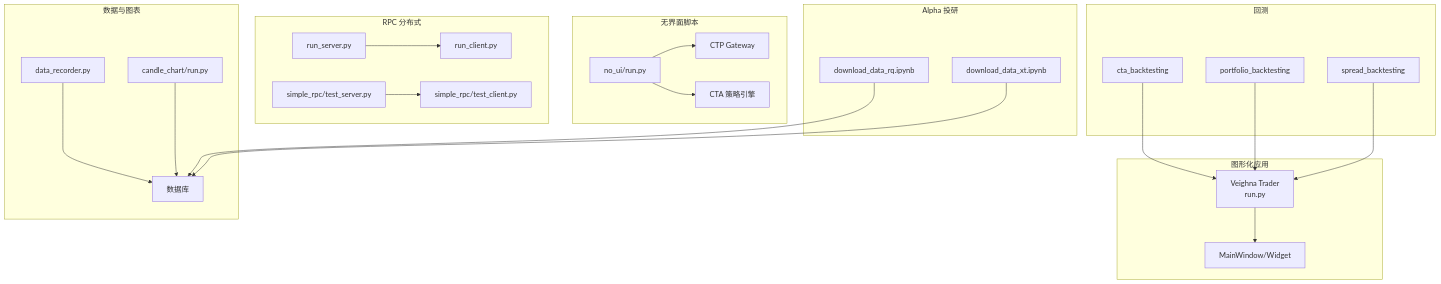
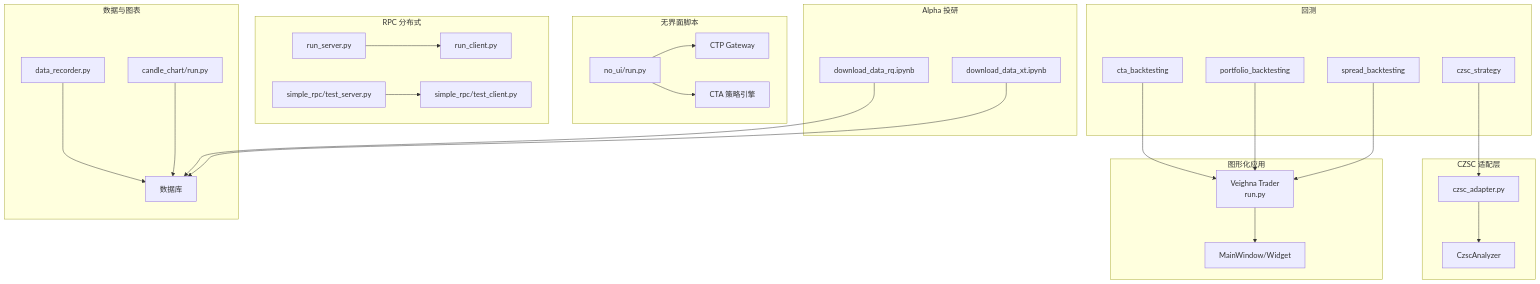
Before and after one commit to maxtwoon/vnpy: the second of 14 diagrams in .qoder/repowiki/zh/content/示例和教程/示例和教程.md, drawn with Mermaid. The commit also changed other lines of this file and 3 other files, not shown here.

````diff
--- a/.qoder/repowiki/zh/content/示例和教程/示例和教程.md
+++ b/.qoder/repowiki/zh/content/示例和教程/示例和教程.md
@@ -111,44 +129,51 @@
 ```mermaid
 graph TB
 subgraph "图形化应用"
 VT["Veighna Trader<br/>run.py"]
 UI["MainWindow/Widget"]
 end
 subgraph "无界面脚本"
 NUI["no_ui/run.py"]
 GW["CTP Gateway"]
 APP["CTA 策略引擎"]
 end
 subgraph "数据与图表"
 DR["data_recorder.py"]
 CH["candle_chart/run.py"]
 DB["数据库"]
 end
 subgraph "RPC 分布式"
 RS["run_server.py"]
 RC["run_client.py"]
 S["simple_rpc/test_server.py"]
 C["simple_rpc/test_client.py"]
 end
 subgraph "回测"
 BT1["cta_backtesting"]
 BT2["portfolio_backtesting"]
 BT3["spread_backtesting"]
+BT4["czsc_strategy"]
 end
 subgraph "Alpha 投研"
 AR1["download_data_rq.ipynb"]
 AR2["download_data_xt.ipynb"]
+end
+subgraph "CZSC 适配层"
+CA["czsc_adapter.py"]
+CS["CzscAnalyzer"]
 end
 VT --> UI
 NUI --> GW
 NUI --> APP
 DR --> DB
 CH --> DB
 RS --> RC
 S --> C
 BT1 --> VT
 BT2 --> VT
 BT3 --> VT
+BT4 --> CA
+CA --> CS
 AR1 --> DB
 AR2 --> DB
 ```
````
